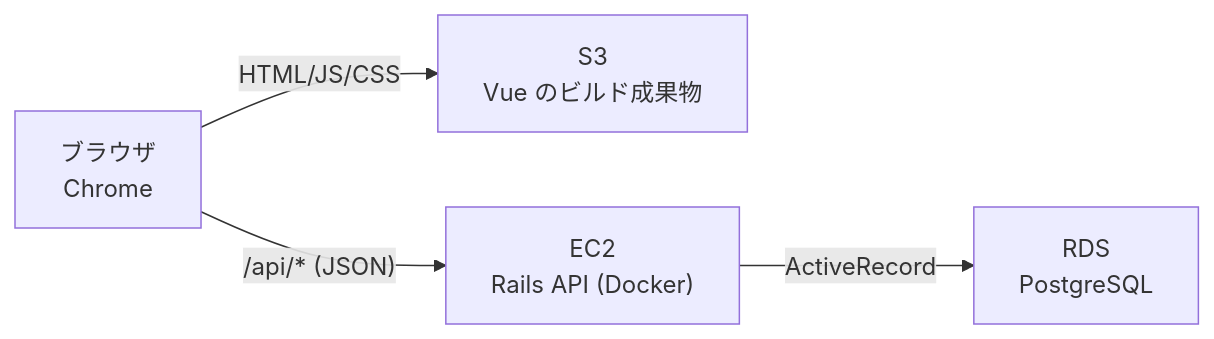
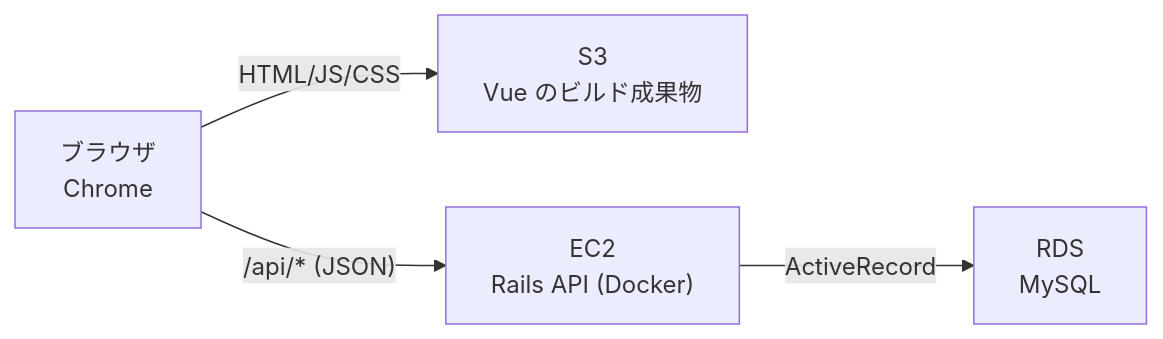
One commit to tabata-kodai1/kakeibo-app-1 changed the diagram in docs/tech-stack.md. Above: the diagram before and after it, drawn with Mermaid. The commit also changed other lines of this file and 5 other files, not shown here.

First line of the commit message:
chore: データベースを PostgreSQL から MySQL 8.4 に変更する

````diff
--- a/docs/tech-stack.md
+++ b/docs/tech-stack.md
@@ -8,11 +8,11 @@
 ```mermaid
 flowchart LR
     Browser["ブラウザ<br/>Chrome"]
     S3["S3<br/>Vue のビルド成果物"]
     EC2["EC2<br/>Rails API (Docker)"]
-    RDS["RDS<br/>PostgreSQL"]
+    RDS["RDS<br/>MySQL"]
 
     Browser -->|"HTML/JS/CSS"| S3
     Browser -->|"/api/* (JSON)"| EC2
     EC2 -->|"ActiveRecord"| RDS
 ```
````
